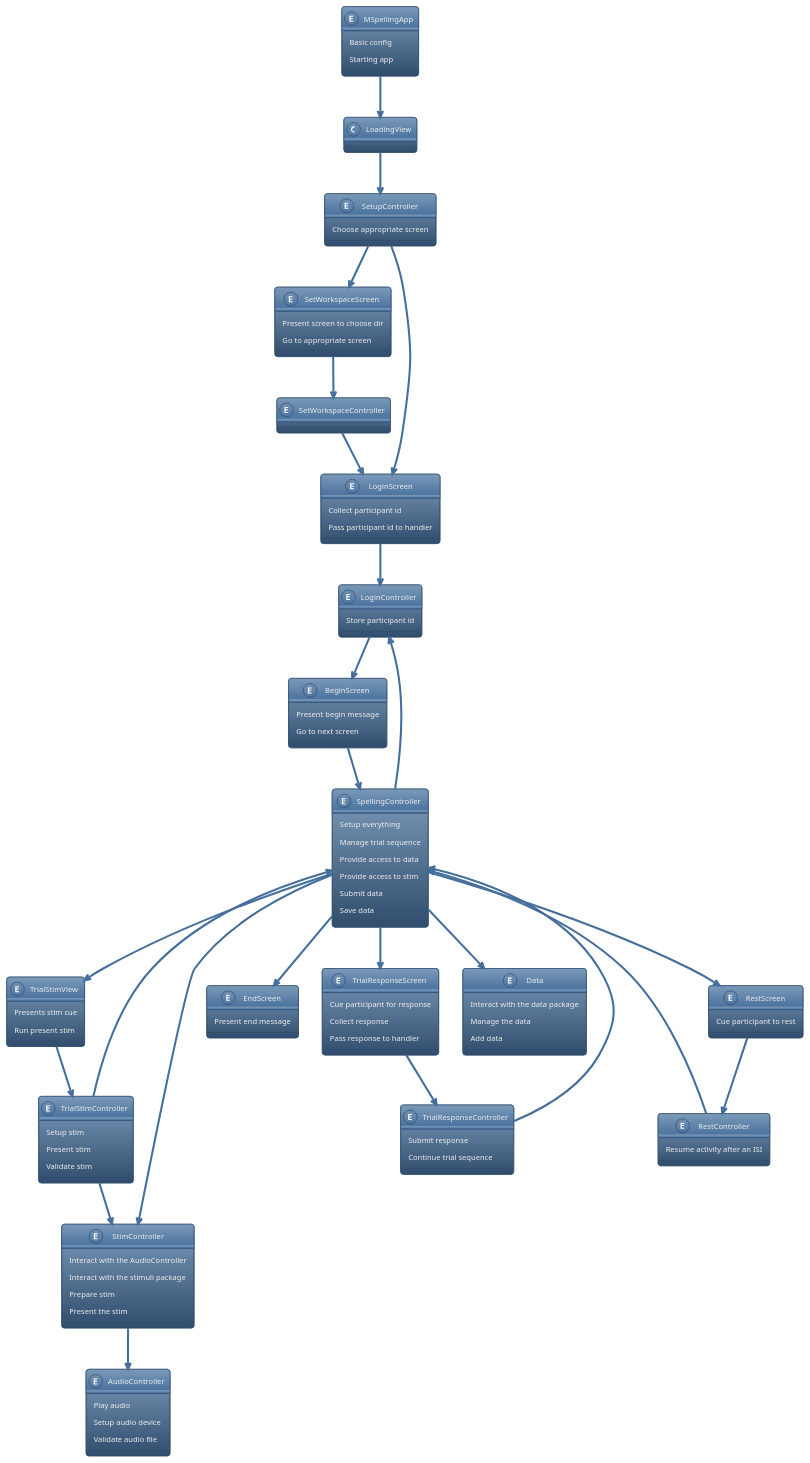
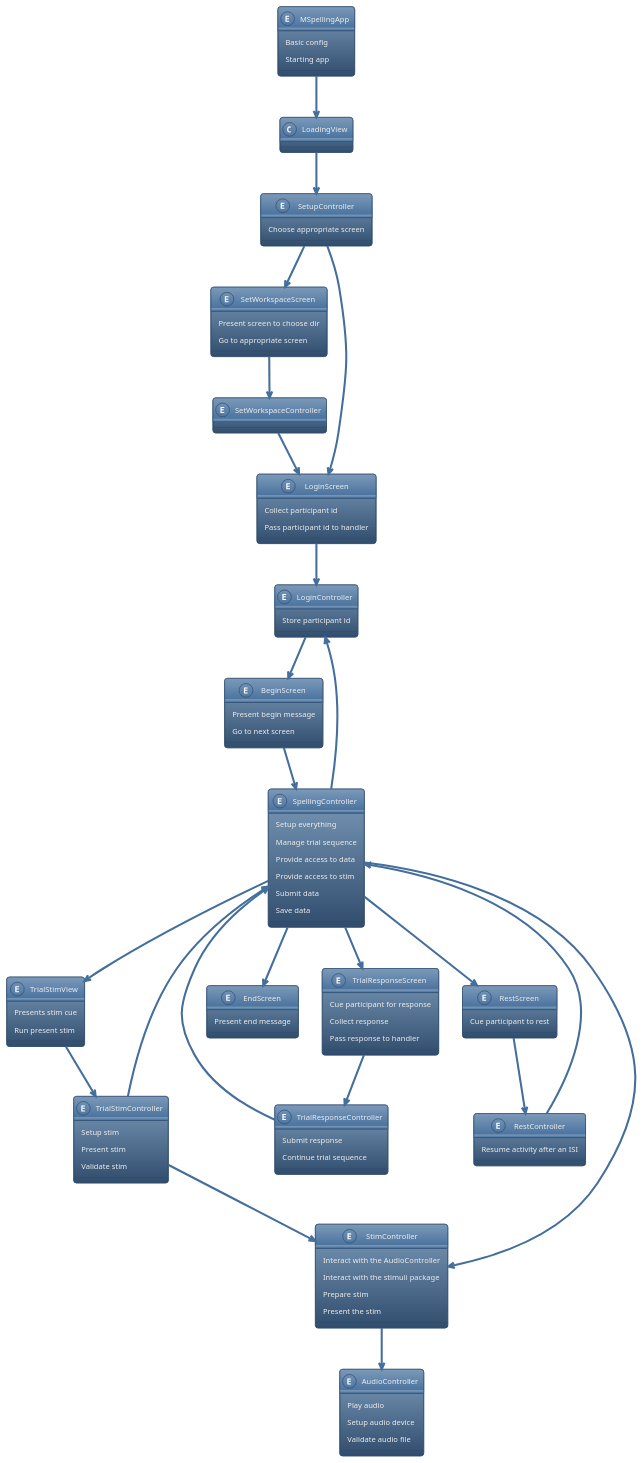
One commit to mario-bermonti/mspelling changed the diagram in docs/design/design.plantuml. Above: the diagram before and after it, drawn with PlantUML.

Commit message:
Remove data entity from design

```diff
--- a/docs/design/design.plantuml
+++ b/docs/design/design.plantuml
@@ -1,121 +1,114 @@
 @startuml Entities and Responsibilities
 !theme spacelab
 
 entity MSpellingApp {
     Basic config
     Starting app
 }
 
 entity SetupController {
     Choose appropriate screen
 }
 
 entity SetWorkspaceScreen {
     Present screen to choose dir 
     Go to appropriate screen
 }
 
 entity SetWorkspaceController {
 }
 
 entity LoginScreen {
     Collect participant id
     Pass participant id to handler
 }
 
 entity LoginController {
     Store participant id
 }
 
 entity BeginScreen {
     Present begin message
     Go to next screen
 }
 
 entity SpellingController {
     Setup everything
     Manage trial sequence 
     Provide access to data
     Provide access to stim
     Submit data
     Save data
 }
 
 entity TrialStimView {
     Presents stim cue
     Run present stim
 }
 
 entity TrialStimController {
     Setup stim 
     Present stim
     Validate stim
 }
 
 entity TrialResponseScreen {
     Cue participant for response 
     Collect response
     Pass response to handler
 }
 
 entity TrialResponseController {
     Submit response
     Continue trial sequence
 }
 
 entity RestScreen {
     Cue participant to rest 
 }
 
 entity RestController {
     Resume activity after an ISI
 }
 
 entity EndScreen {
     Present end message
 }
 
 entity StimController {   
     Interact with the AudioController 
     Interact with the stimuli package
     Prepare stim 
     Present the stim
 }
 
 entity AudioController {
     Play audio
     Setup audio device
     Validate audio file
 }
 
-entity Data {
-    Interact with the data package 
-    Manage the data 
-    Add data
-}
-
 MSpellingApp --> LoadingView
 LoadingView --> SetupController
 SetupController --> SetWorkspaceScreen
 SetupController --> LoginScreen
 SetWorkspaceScreen --> SetWorkspaceController
 SetWorkspaceController --> LoginScreen
 LoginScreen --> LoginController
 LoginController --> BeginScreen
 BeginScreen --> SpellingController
-SpellingController --> Data
 SpellingController --> TrialStimView
 TrialStimView --> TrialStimController
 TrialStimController --> SpellingController
 TrialStimController --> StimController
 SpellingController --> TrialResponseScreen
 TrialResponseScreen --> TrialResponseController
 TrialResponseController --> SpellingController
 SpellingController --> RestScreen
 RestScreen --> RestController
 RestController --> SpellingController
 SpellingController --> EndScreen
 SpellingController --> LoginController
 SpellingController --> StimController
 StimController --> AudioController
 @enduml
```
